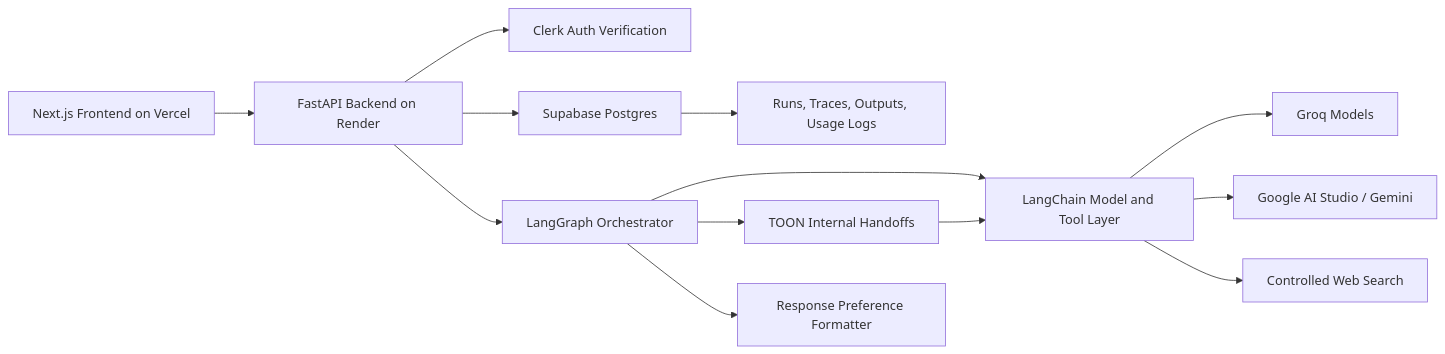
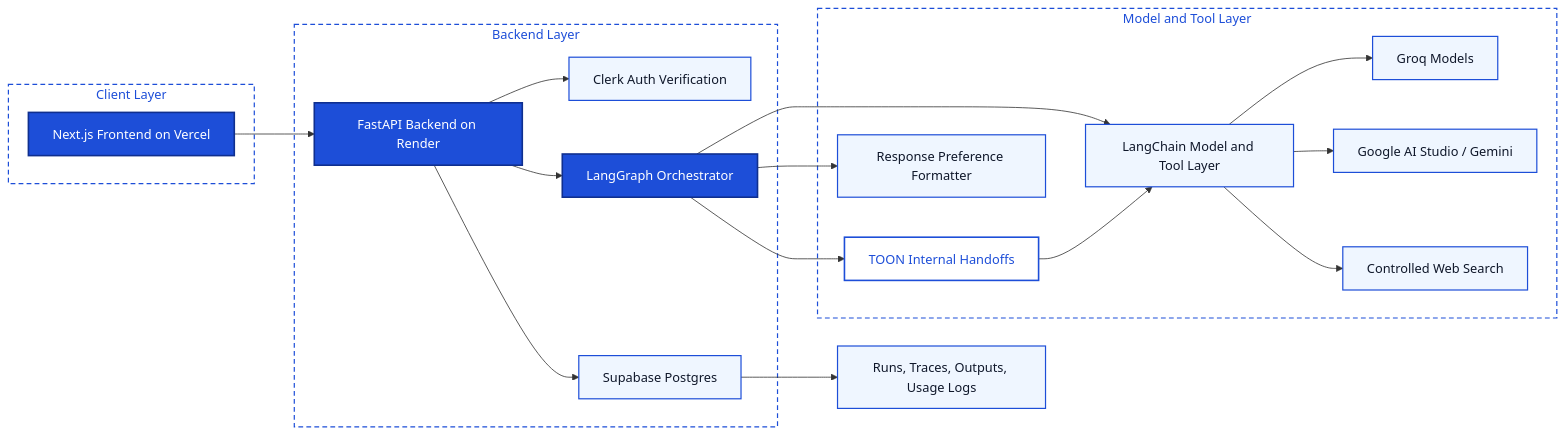
Before and after one commit to Hassaan146/agentic-ai-workflow: the eighth of 9 diagrams in docs/diagrams.md, drawn with Mermaid. The commit also changed other lines of this file, not shown here.

Commit message:
Polish workflow diagram styling

````diff
--- a/docs/diagrams.md
+++ b/docs/diagrams.md
@@ -130,15 +191,41 @@
 ```mermaid
 flowchart LR
-    A["Next.js Frontend on Vercel"] --> B["FastAPI Backend on Render"]
-    B --> C["Clerk Auth Verification"]
-    B --> D["Supabase Postgres"]
-    B --> E["LangGraph Orchestrator"]
-    E --> F["LangChain Model and Tool Layer"]
-    F --> G["Groq Models"]
-    F --> H["Google AI Studio / Gemini"]
-    F --> I["Controlled Web Search"]
-    E --> K["TOON Internal Handoffs"]
+    subgraph Client["Client Layer"]
+        A["Next.js Frontend on Vercel"]
+    end
+    subgraph Backend["Backend Layer"]
+        B["FastAPI Backend on Render"]
+        C["Clerk Auth Verification"]
+        D["Supabase Postgres"]
+        E["LangGraph Orchestrator"]
+    end
+    subgraph Intelligence["Model and Tool Layer"]
+        F["LangChain Model and Tool Layer"]
+        G["Groq Models"]
+        H["Google AI Studio / Gemini"]
+        I["Controlled Web Search"]
+        K["TOON Internal Handoffs"]
+        L["Response Preference Formatter"]
+    end
+    A --> B
+    B --> C
+    B --> D
+    B --> E
+    E --> F
+    F --> G
+    F --> H
+    F --> I
+    E --> K
     K --> F
-    E --> L["Response Preference Formatter"]
+    E --> L
     D --> J["Runs, Traces, Outputs, Usage Logs"]
+
+    classDef primary fill:#1d4ed8,stroke:#0f2f8f,color:#ffffff,stroke-width:2px;
+    classDef soft fill:#eff6ff,stroke:#1d4ed8,color:#0f172a,stroke-width:1.5px;
+    classDef toon fill:#ffffff,stroke:#1d4ed8,color:#1d4ed8,stroke-width:2px;
+    classDef group fill:#ffffff,stroke:#1d4ed8,color:#1d4ed8,stroke-width:1.5px,stroke-dasharray: 6 4;
+    class A,B,E primary;
+    class C,D,F,G,H,I,J,L soft;
+    class K toon;
+    class Client,Backend,Intelligence group;
 ```
````
